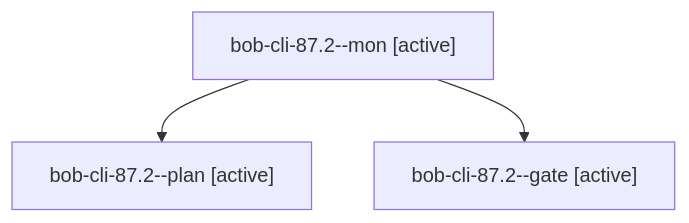
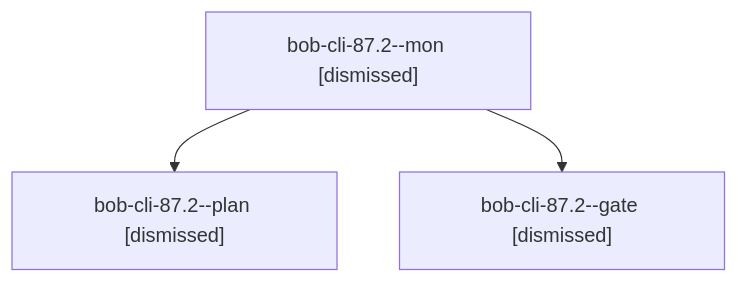
One commit to bobs-org/bob-cli--agents changed the diagram in sessions/bbugyi200.athena.bob-cli-87.2.md. Above: the diagram before and after it, drawn with Mermaid. The commit also changed other lines of this file and 210 other files, not shown here.

````diff
--- a/sessions/bbugyi200.athena.bob-cli-87.2.md
+++ b/sessions/bbugyi200.athena.bob-cli-87.2.md
@@ -9,8 +9,8 @@
 ```mermaid
 flowchart TD
-  n0["bob-cli-87.2--mon [active]"]
-  n1["bob-cli-87.2--plan [active]"]
+  n0["bob-cli-87.2--mon [dismissed]"]
+  n1["bob-cli-87.2--plan [dismissed]"]
   n0 --> n1
-  n2["bob-cli-87.2--gate [active]"]
+  n2["bob-cli-87.2--gate [dismissed]"]
   n0 --> n2
 ```
````
